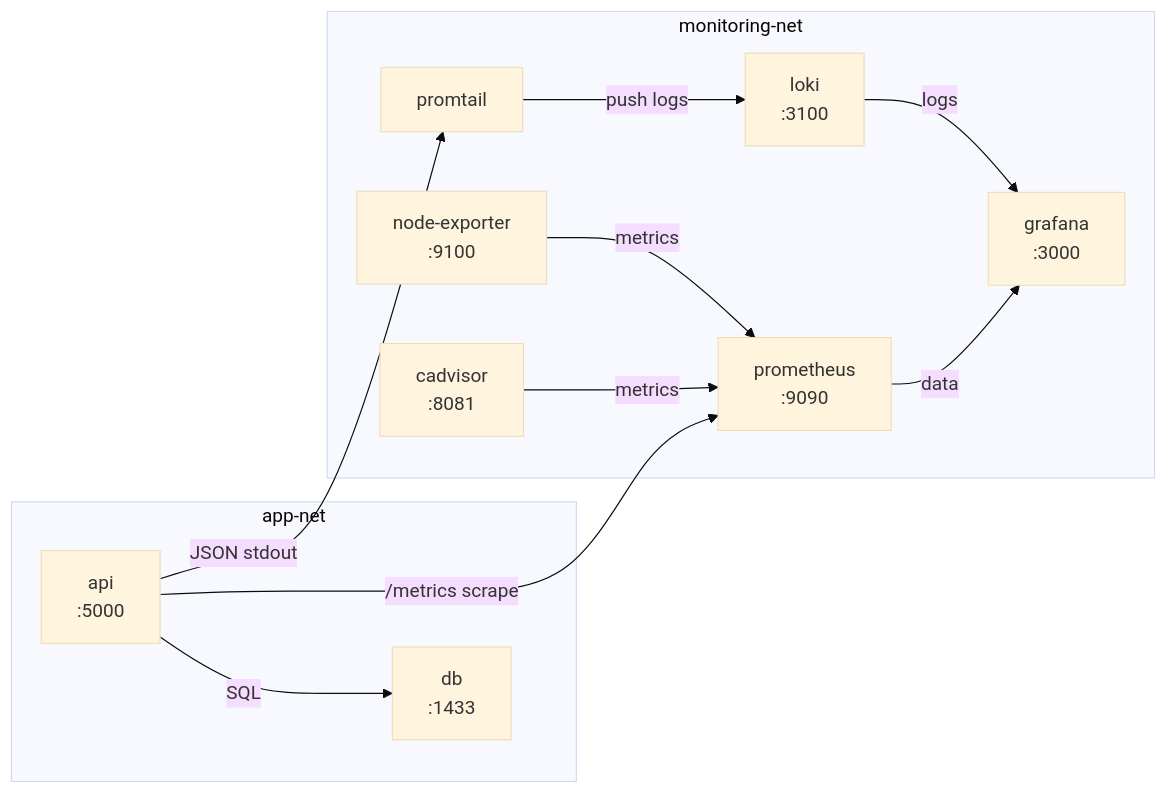
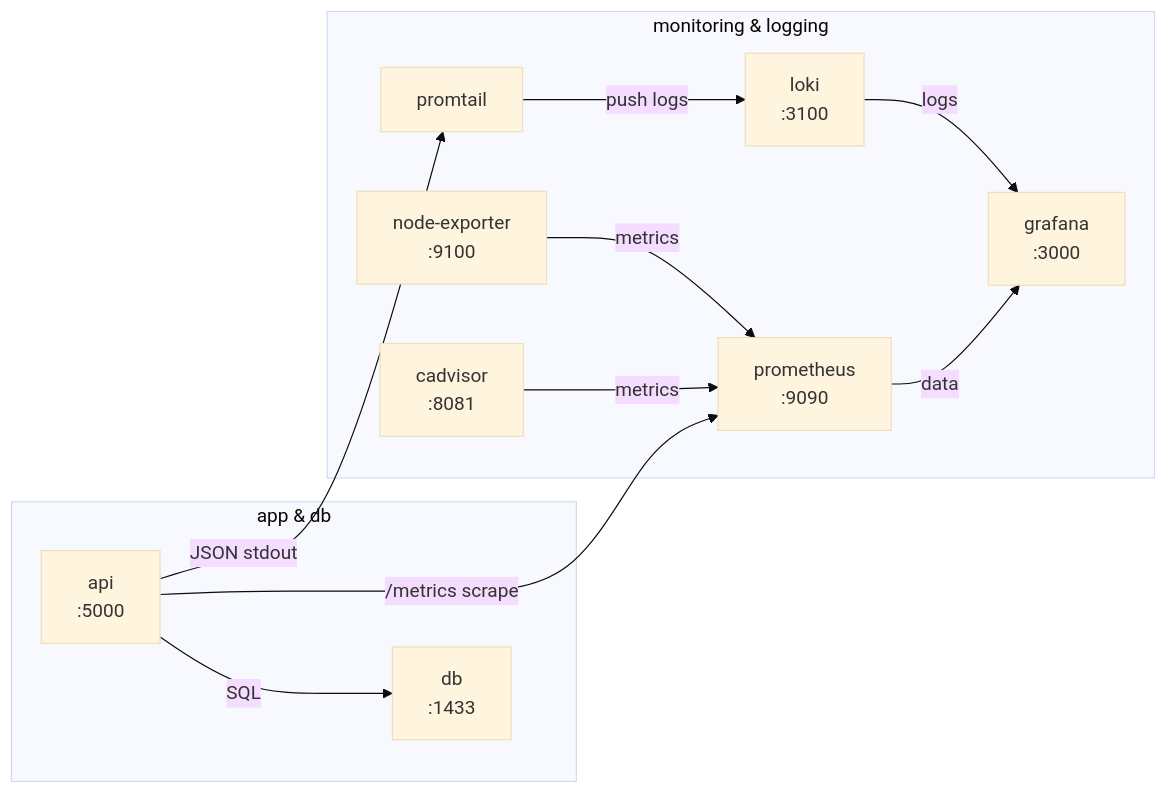
One commit to xabur95/VUC-Fyn changed the first of 2 diagrams in docs/SETUP-GUIDEv4.md. Above: the diagram before and after it, drawn with Mermaid (base theme). The commit also changed other lines of this file and 1 other file, not shown here.

````diff
--- a/docs/SETUP-GUIDEv4.md
+++ b/docs/SETUP-GUIDEv4.md
@@ -28,26 +24,26 @@
 ```mermaid
 graph LR
-    subgraph "app-net"
+    subgraph "app & db"
         api["api\n:5000"]
         db["db\n:1433"]
         api -->|"SQL"| db
     end
 
-    subgraph "monitoring-net"
+    subgraph "monitoring & logging"
         prometheus["prometheus\n:9090"]
         grafana["grafana\n:3000"]
         loki["loki\n:3100"]
         promtail["promtail"]
         node_exporter["node-exporter\n:9100"]
         cadvisor["cadvisor\n:8081"]
 
         node_exporter -->|"metrics"| prometheus
         cadvisor -->|"metrics"| prometheus
         prometheus -->|"data"| grafana
         loki -->|"logs"| grafana
         promtail -->|"push logs"| loki
     end
 
     api -->|"/metrics scrape"| prometheus
     api -->|"JSON stdout"| promtail
 ```
````
